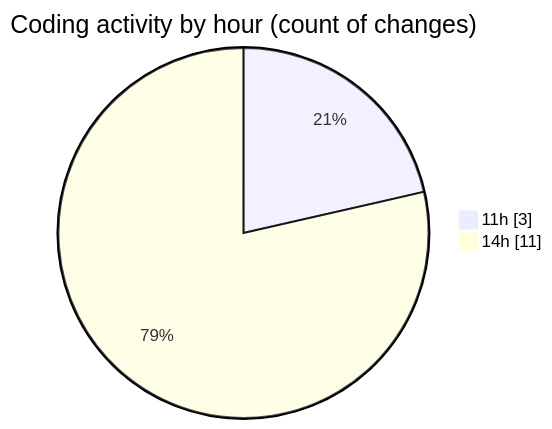
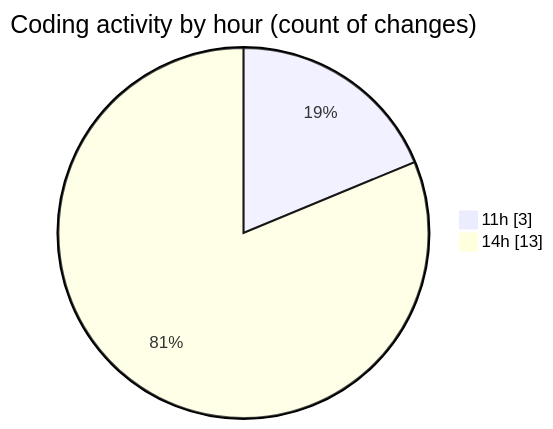
Before and after one commit to charlie-sans/code-tracking: the second of 2 diagrams in 2025-04-30/masm-lsp/README.md, drawn with Mermaid. The commit also changed other lines of this file and 1 other file, not shown here.

````diff
--- a/2025-04-30/masm-lsp/README.md
+++ b/2025-04-30/masm-lsp/README.md
@@ -31,6 +31,6 @@
 ```mermaid
 pie showData
 title Coding activity by hour (count of changes)
 "11h" : 3
-"14h" : 11
+"14h" : 13
 ```
````
